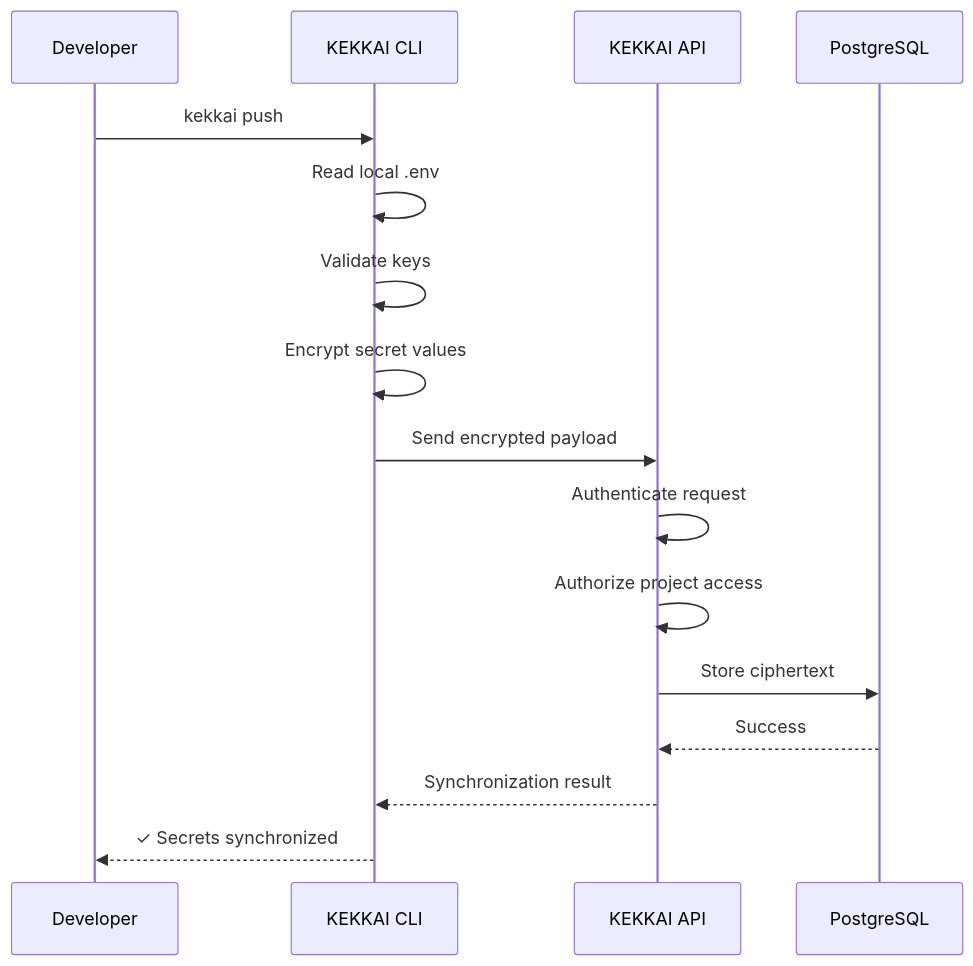
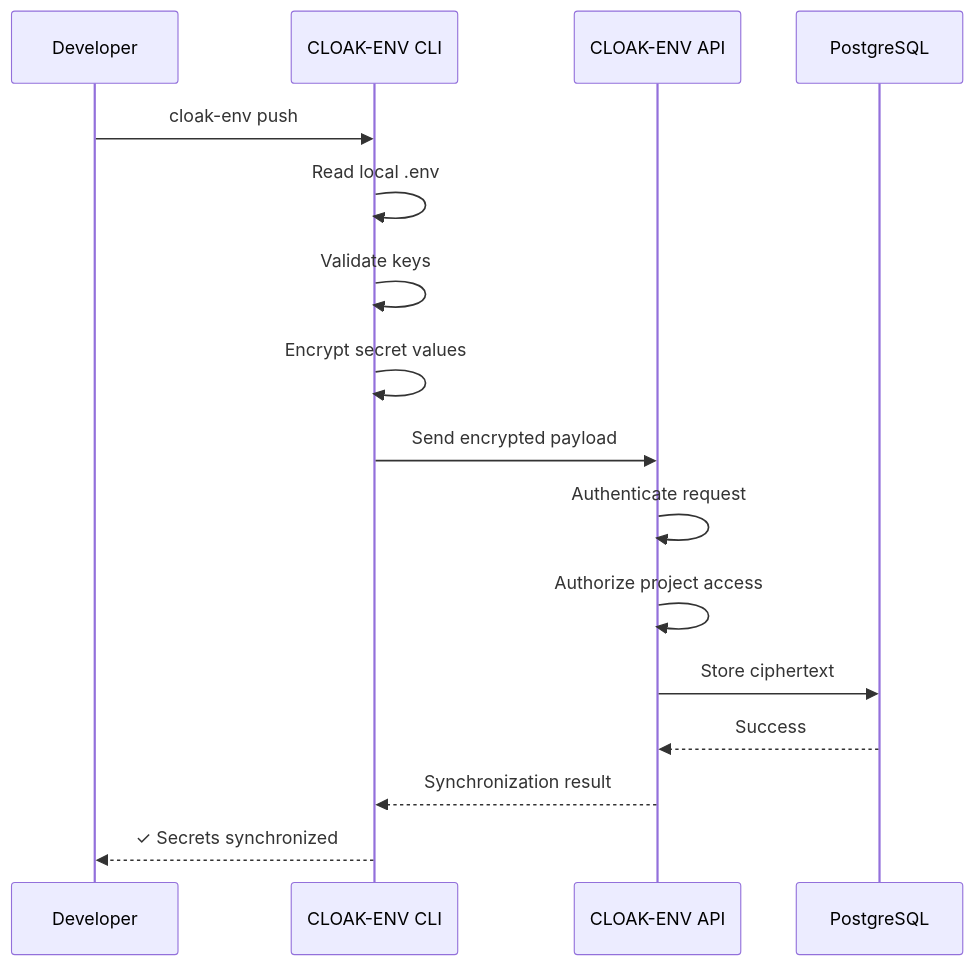
One commit to aninda8680/Kekkai changed the third of 6 diagrams in KEKKAI_Project_Specification.md. Above: the diagram before and after it, drawn with Mermaid. The commit also changed other lines of this file and 45 other files, not shown here.

````diff
--- a/KEKKAI_Project_Specification.md
+++ b/KEKKAI_Project_Specification.md
@@ -822,19 +822,19 @@
 ```mermaid
 sequenceDiagram
     participant Dev as Developer
-    participant CLI as KEKKAI CLI
-    participant API as KEKKAI API
+    participant CLI as CLOAK-ENV CLI
+    participant API as CLOAK-ENV API
     participant DB as PostgreSQL
 
-    Dev->>CLI: kekkai push
+    Dev->>CLI: cloak-env push
     CLI->>CLI: Read local .env
     CLI->>CLI: Validate keys
     CLI->>CLI: Encrypt secret values
     CLI->>API: Send encrypted payload
     API->>API: Authenticate request
     API->>API: Authorize project access
     API->>DB: Store ciphertext
     DB-->>API: Success
     API-->>CLI: Synchronization result
     CLI-->>Dev: ✓ Secrets synchronized
 ```
````
